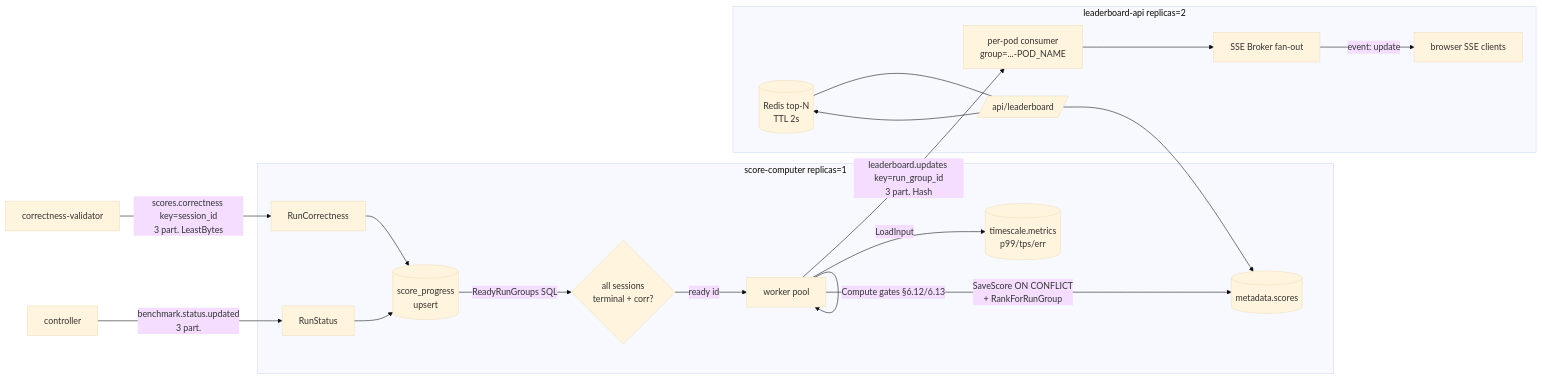
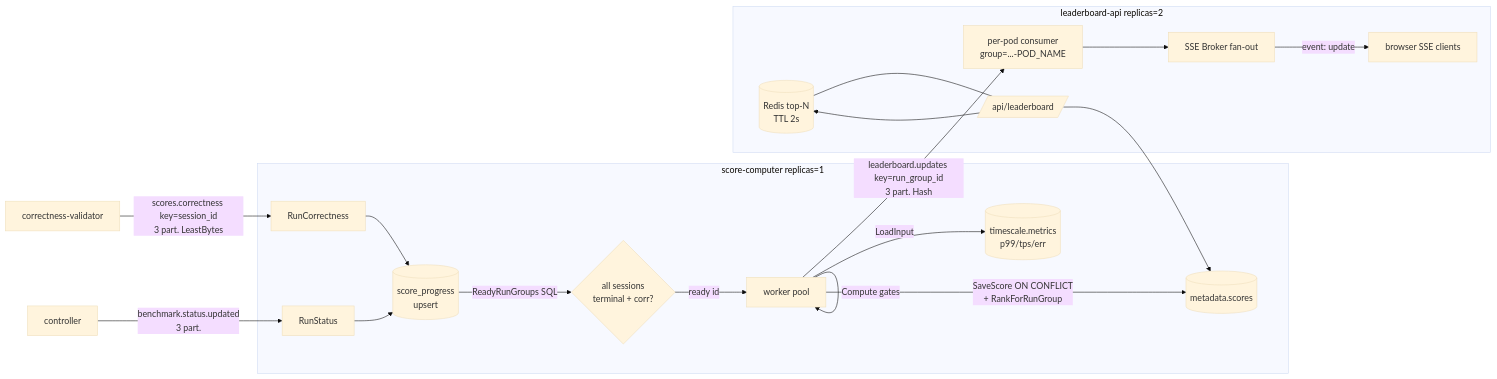
One commit to agrawalx/match-bench changed diagram 11 of 14 in docs/architecture/ARCHITECTURE.md. Above: the diagram before and after it, drawn with Mermaid (base theme). The commit also changed other lines of this file and 1 other file, not shown here.

First line of the commit message:
docs:(architecture) full rewrite in plain documentation prose + multi-contestant audit

````diff
--- a/docs/architecture/ARCHITECTURE.md
+++ b/docs/architecture/ARCHITECTURE.md
@@ -2054,22 +2009,22 @@
 ```mermaid
 flowchart LR
   CV[correctness-validator] -->|scores.correctness key=session_id<br/>3 part. LeastBytes| SC_C
   CTRL[controller] -->|benchmark.status.updated<br/>3 part.| SC_S
   subgraph SC[score-computer  replicas=1]
     SC_C[RunCorrectness] --> PROG[(score_progress<br/>upsert)]
     SC_S[RunStatus] --> PROG
     PROG -->|ReadyRunGroups SQL| RDY{all sessions<br/>terminal + corr?}
     RDY -->|ready id| W[worker pool]
     W -->|LoadInput| TS[(timescale.metrics<br/>p99/tps/err)]
-    W -->|Compute gates §6.12/6.13| W
+    W -->|Compute gates| W
     W -->|SaveScore ON CONFLICT<br/>+ RankForRunGroup| DB[(metadata.scores)]
   end
   W -->|leaderboard.updates key=run_group_id<br/>3 part. Hash| LBC
   subgraph LB[leaderboard-api  replicas=2]
     LBC[per-pod consumer<br/>group=...-POD_NAME] --> BRK[SSE Broker fan-out]
     BRK -->|event: update| CLIENT[browser SSE clients]
     CACHE[(Redis top-N<br/>TTL 2s)] --- API[/api/leaderboard/]
     API --> DB
     API --> CACHE
   end
 ```
````
